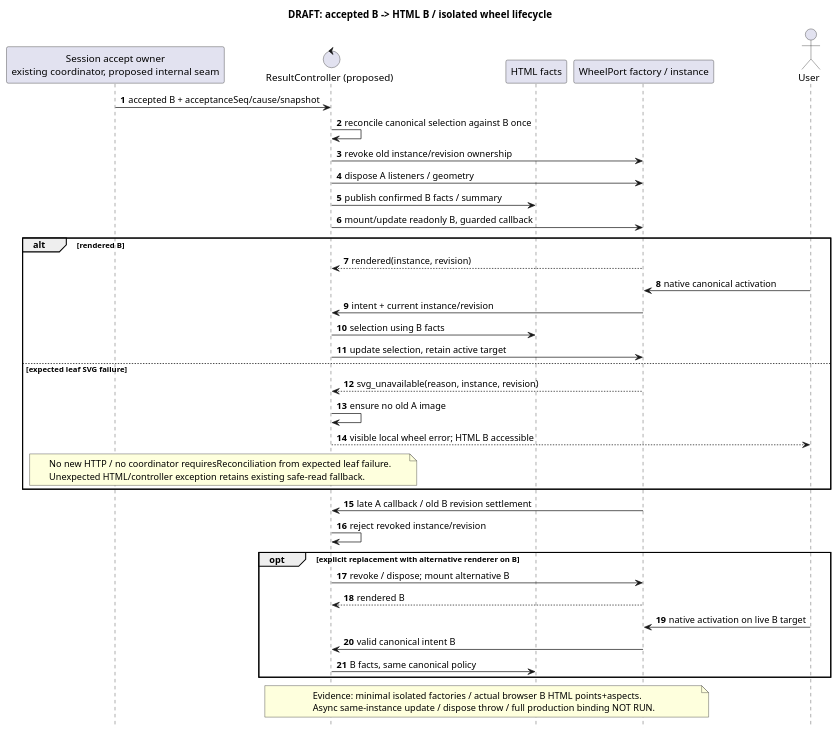
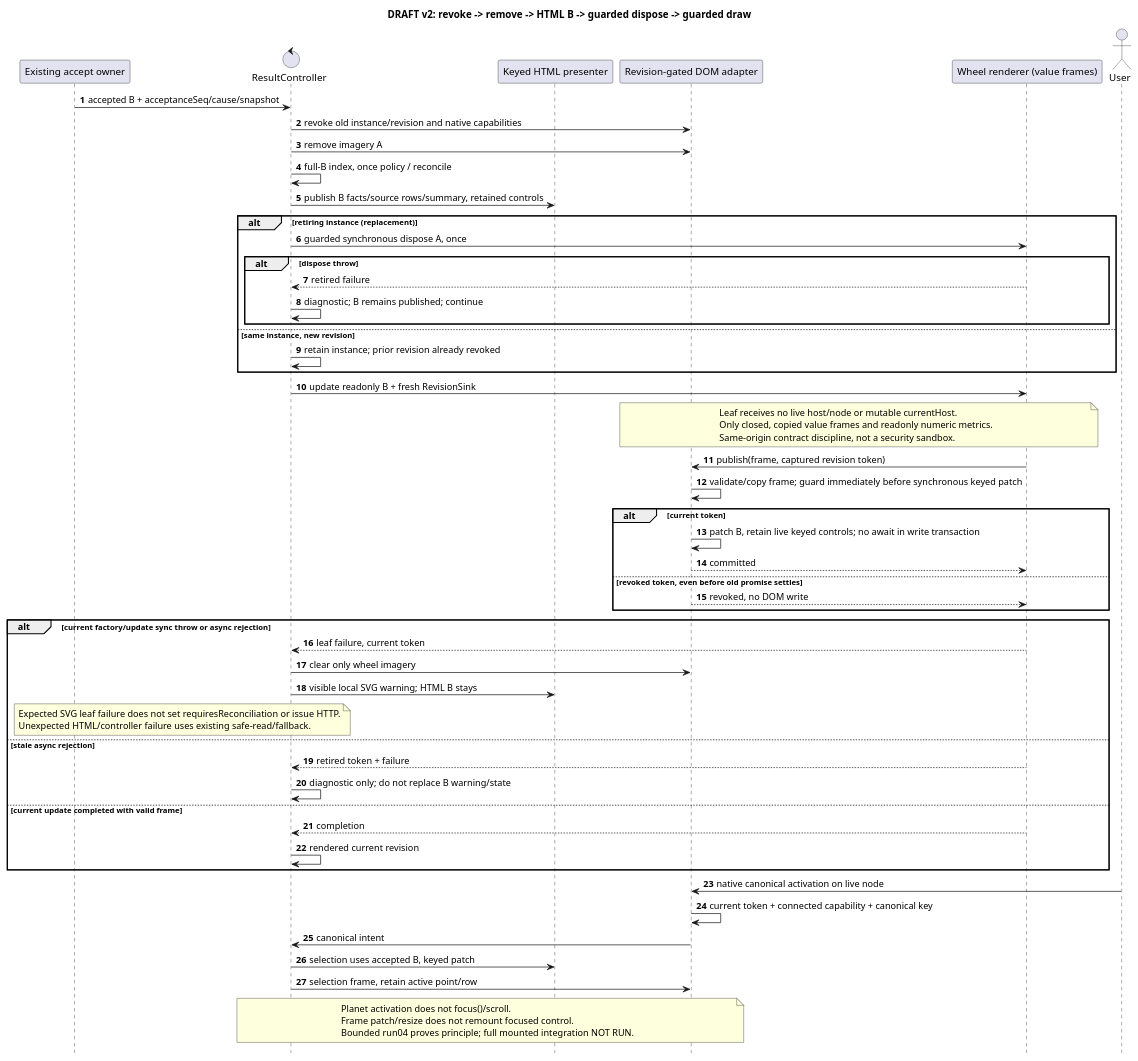
The diagram in docs/project_management/change_plans/ui-chart-wheel/developer/sequence_diagrams/ui/001-result-renderer-lifecycle.puml (ksenia-baranova/exact-orb-demo), drawn with PlantUML before and after one commit. The commit also changed 163 other files, not shown here.

First line of the commit message:
docs: publish TASK-D-005 feasibility evidence and revised drawing draft

```diff
--- a/docs/project_management/change_plans/ui-chart-wheel/developer/sequence_diagrams/ui/001-result-renderer-lifecycle.puml
+++ b/docs/project_management/change_plans/ui-chart-wheel/developer/sequence_diagrams/ui/001-result-renderer-lifecycle.puml
@@ -1,46 +1,66 @@
 @startuml
-' DRAFT. Developer / TASK-D-003. InputSHA 8fb25770169166a3a4e94110eee684bd8b116474.
-' REQ-WHEEL-01/10/11; AS-WHEEL-24; T003-G01. Not implemented production flow.
-title DRAFT: accepted B -> HTML B / isolated wheel lifecycle
+' DRAFT Developer TASK-D-005. InputSHA34f187a; AssignmentSHA0046ac7; AnalystContractSHA2736e28.
+' R001-01/02/03/04; REQ-WHEEL-01/10/11; AS-WHEEL-24. Isolated proof only, not production.
+title DRAFT v2: revoke -> remove -> HTML B -> guarded dispose -> guarded draw
 autonumber
 hide footbox
-participant "Session accept owner\nexisting coordinator, proposed internal seam" as Session
-control "ResultController (proposed)" as Result
-participant "HTML facts" as HTML
-participant "WheelPort factory / instance" as Wheel
+participant "Existing accept owner" as Session
+control "ResultController" as Result
+participant "Keyed HTML presenter" as HTML
+participant "Revision-gated DOM adapter" as DOM
+participant "Wheel renderer (value frames)" as Wheel
 actor User
 Session -> Result : accepted B + acceptanceSeq/cause/snapshot
-Result -> Result : reconcile canonical selection against B once
-Result -> Wheel : revoke old instance/revision ownership
-Result -> Wheel : dispose A listeners / geometry
-Result -> HTML : publish confirmed B facts / summary
-Result -> Wheel : mount/update readonly B, guarded callback
-alt rendered B
-  Wheel --> Result : rendered(instance, revision)
-  User -> Wheel : native canonical activation
-  Wheel -> Result : intent + current instance/revision
-  Result -> HTML : selection using B facts
-  Result -> Wheel : update selection, retain active target
-else expected leaf SVG failure
-  Wheel --> Result : svg_unavailable(reason, instance, revision)
-  Result -> Result : ensure no old A image
-  Result --> User : visible local wheel error; HTML B accessible
+Result -> DOM : revoke old instance/revision and native capabilities
+Result -> DOM : remove imagery A
+Result -> Result : full-B index, once policy / reconcile
+Result -> HTML : publish B facts/source rows/summary, retained controls
+alt retiring instance (replacement)
+  Result -> Wheel : guarded synchronous dispose A, once
+  alt dispose throw
+    Wheel --> Result : retired failure
+    Result -> Result : diagnostic; B remains published; continue
+  end
+else same instance, new revision
+  Result -> Result : retain instance; prior revision already revoked
+end
+Result -> Wheel : update readonly B + fresh RevisionSink
+note over DOM, Wheel
+Leaf receives no live host/node or mutable currentHost.
+Only closed, copied value frames and readonly numeric metrics.
+Same-origin contract discipline, not a security sandbox.
+end note
+Wheel -> DOM : publish(frame, captured revision token)
+DOM -> DOM : validate/copy frame; guard immediately before synchronous keyed patch
+alt current token
+  DOM -> DOM : patch B, retain live keyed controls; no await in write transaction
+  DOM --> Wheel : committed
+else revoked token, even before old promise settles
+  DOM --> Wheel : revoked, no DOM write
+end
+alt current factory/update sync throw or async rejection
+  Wheel --> Result : leaf failure, current token
+  Result -> DOM : clear only wheel imagery
+  Result -> HTML : visible local SVG warning; HTML B stays
   note over Session, Result
-  No new HTTP / no coordinator requiresReconciliation from expected leaf failure.
-  Unexpected HTML/controller exception retains existing safe-read fallback.
+  Expected SVG leaf failure does not set requiresReconciliation or issue HTTP.
+  Unexpected HTML/controller failure uses existing safe-read/fallback.
   end note
+else stale async rejection
+  Wheel --> Result : retired token + failure
+  Result -> Result : diagnostic only; do not replace B warning/state
+else current update completed with valid frame
+  Wheel --> Result : completion
+  Result -> Result : rendered current revision
 end
-Wheel -> Result : late A callback / old B revision settlement
-Result -> Result : reject revoked instance/revision
-opt explicit replacement with alternative renderer on B
-  Result -> Wheel : revoke / dispose; mount alternative B
-  Wheel --> Result : rendered B
-  User -> Wheel : native activation on live B target
-  Wheel -> Result : valid canonical intent B
-  Result -> HTML : B facts, same canonical policy
-end
-note over Result, Wheel
-Evidence: minimal isolated factories / actual browser B HTML points+aspects.
-Async same-instance update / dispose throw / full production binding NOT RUN.
+User -> DOM : native canonical activation on live node
+DOM -> DOM : current token + connected capability + canonical key
+DOM -> Result : canonical intent
+Result -> HTML : selection uses accepted B, keyed patch
+Result -> DOM : selection frame, retain active point/row
+note over Result, DOM
+Planet activation does not focus()/scroll.
+Frame patch/resize does not remount focused control.
+Bounded run04 proves principle; full mounted integration NOT RUN.
 end note
 @enduml
```
